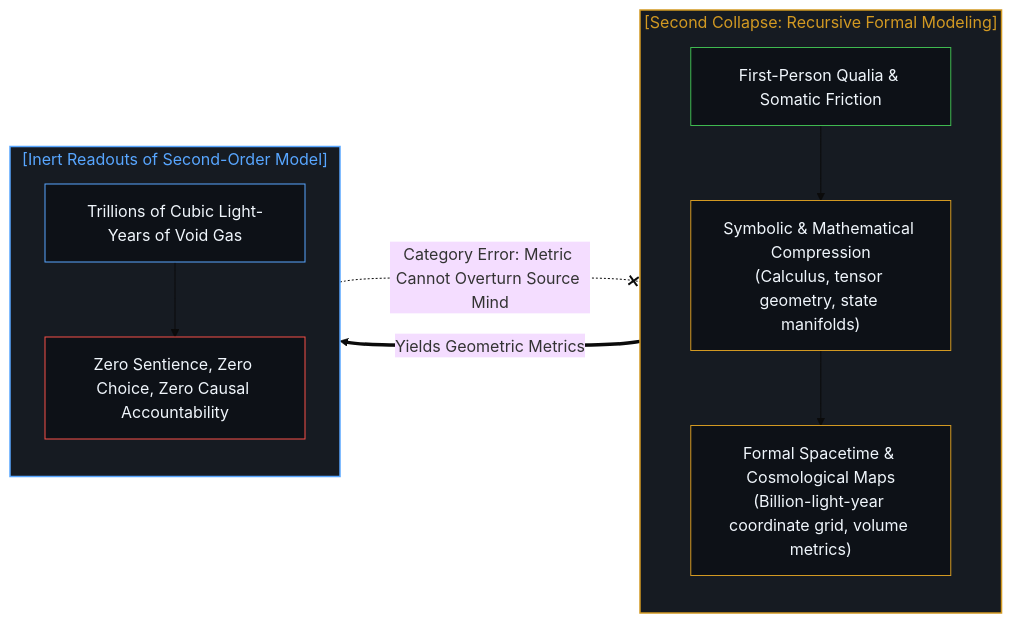
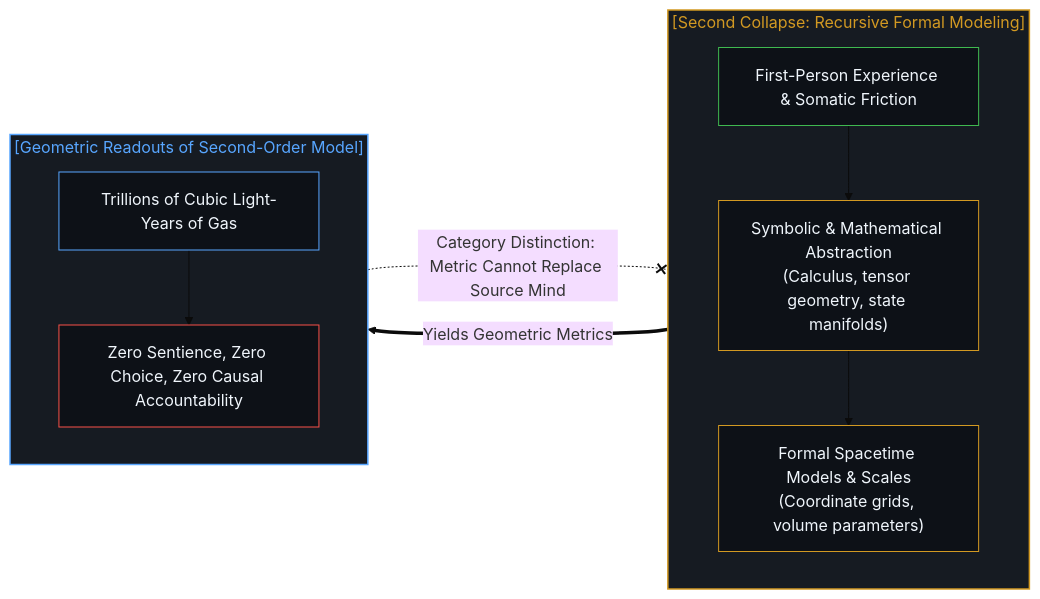
The fourth of 8 diagrams in content/posts/one-cannot-escape-ones-own-mind.md (powerpig99/not-a-toe), drawn with Mermaid (base theme) before and after one commit. The commit also changed other lines of this file and 2 other files, not shown here.

````diff
--- a/content/posts/one-cannot-escape-ones-own-mind.md
+++ b/content/posts/one-cannot-escape-ones-own-mind.md
@@ -114,24 +118,24 @@
 ```mermaid
 flowchart LR
     subgraph S_SecondCollapse_EN ["[Second Collapse: Recursive Formal Modeling]"]
         direction TB
-        ME2["First-Person Qualia & Somatic Friction"] --> FE1["Symbolic & Mathematical Compression<br/>(Calculus, tensor geometry, state manifolds)"]
-        FE1 --> FE2["Formal Spacetime & Cosmological Maps<br/>(Billion-light-year coordinate grid, volume metrics)"]
+        ME2["First-Person Experience & Somatic Friction"] --> FE1["Symbolic & Mathematical Abstraction<br/>(Calculus, tensor geometry, state manifolds)"]
+        FE1 --> FE2["Formal Spacetime Models & Scales<br/>(Coordinate grids, volume parameters)"]
     end
 
-    subgraph S_InertExtension_EN ["[Inert Readouts of Second-Order Model]"]
+    subgraph S_InertExtension_EN ["[Geometric Readouts of Second-Order Model]"]
         direction TB
-        VE1["Trillions of Cubic Light-Years of Void Gas"] --> VE2["Zero Sentience, Zero Choice, Zero Causal Accountability"]
+        VE1["Trillions of Cubic Light-Years of Gas"] --> VE2["Zero Sentience, Zero Choice, Zero Causal Accountability"]
     end
 
     FE2 ===>|"Yields Geometric Metrics"| VE1
-    VE2 -.-x|"Category Error: Metric Cannot Overturn Source Mind"| ME2
+    VE2 -.-x|"Category Distinction: Metric Cannot Replace Source Mind"| ME2
 
     style S_SecondCollapse_EN fill:#161b22,stroke:#d29922,stroke-width:1.5px,color:#d29922
     style S_InertExtension_EN fill:#161b22,stroke:#58a6ff,stroke-width:1.5px,color:#58a6ff
     style ME2 fill:#0d1117,stroke:#3fb950,stroke-width:1px,color:#f0f6fc
     style FE1 fill:#0d1117,stroke:#d29922,stroke-width:1px,color:#f0f6fc
     style FE2 fill:#0d1117,stroke:#d29922,stroke-width:1px,color:#f0f6fc
     style VE1 fill:#0d1117,stroke:#58a6ff,stroke-width:1px,color:#f0f6fc
     style VE2 fill:#0d1117,stroke:#f85149,stroke-width:1px,color:#f0f6fc
 ```
````
